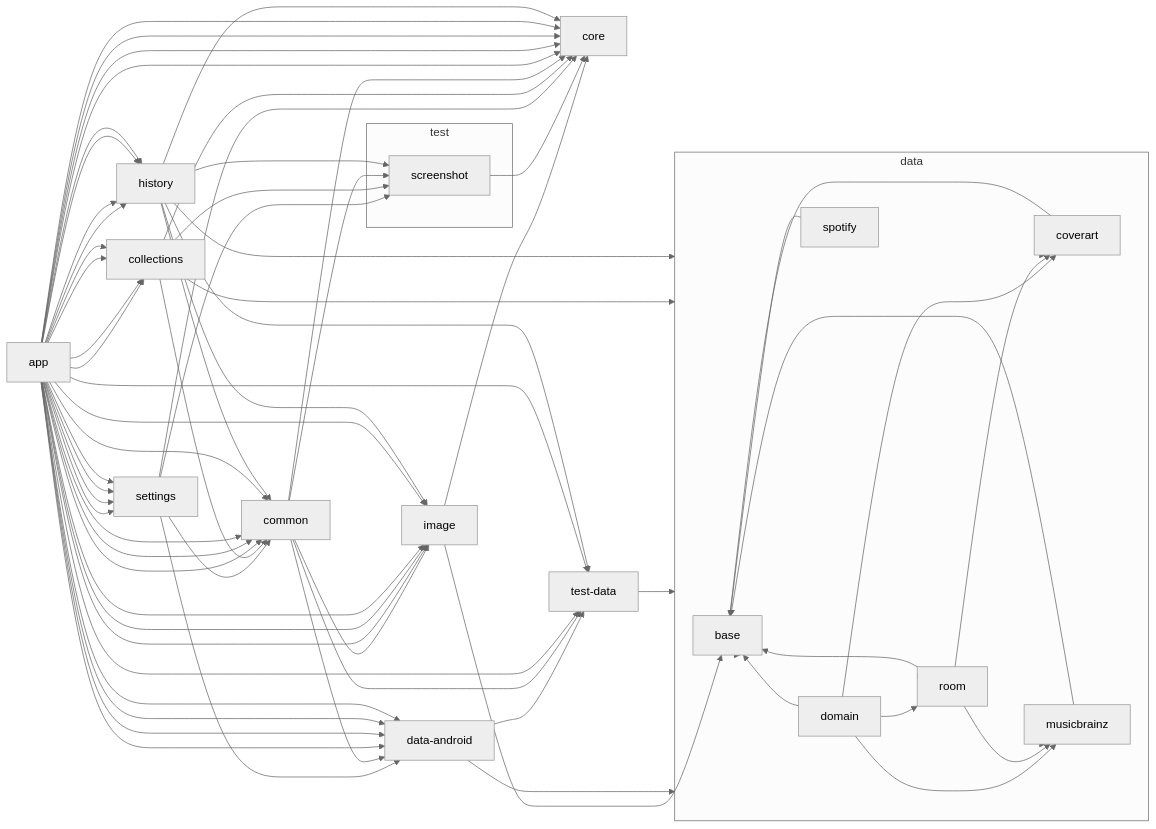
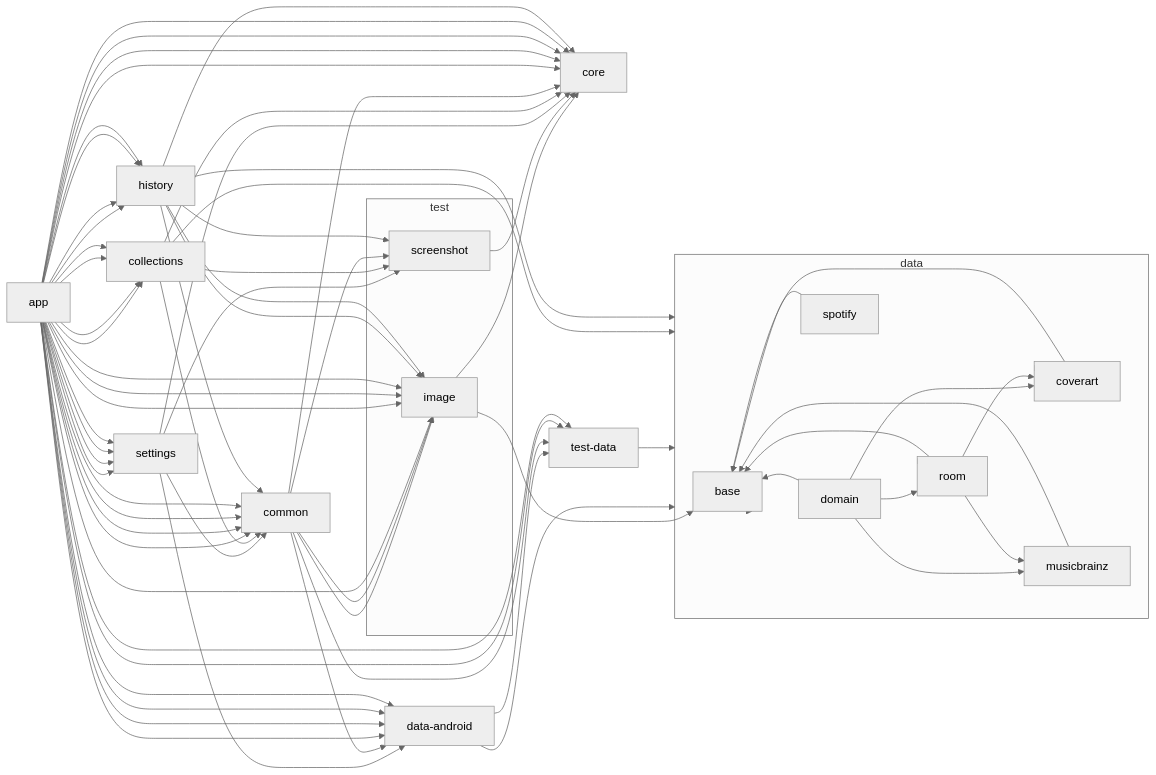
One commit to lydavid/MusicSearch changed the diagram in README.md. Above: the diagram before and after it, drawn with Mermaid. The commit also changed 11 other files, not shown here.

Commit message:
chore: extract out FakeImageLoader to :ui:test:image

````diff
--- a/README.md
+++ b/README.md
@@ -59,6 +59,7 @@
   end
 
   subgraph test
+    image
     screenshot
   end
   domain --> base
@@ -94,6 +95,7 @@
   common --> core
   common --> image
   common --> test-data
+  common --> image
   common --> screenshot
   app --> test-data
   app --> data-android
@@ -130,7 +132,7 @@
   history --> common
   history --> core
   history --> image
-  history --> test-data
+  history --> image
   history --> screenshot
 
 ```
````
